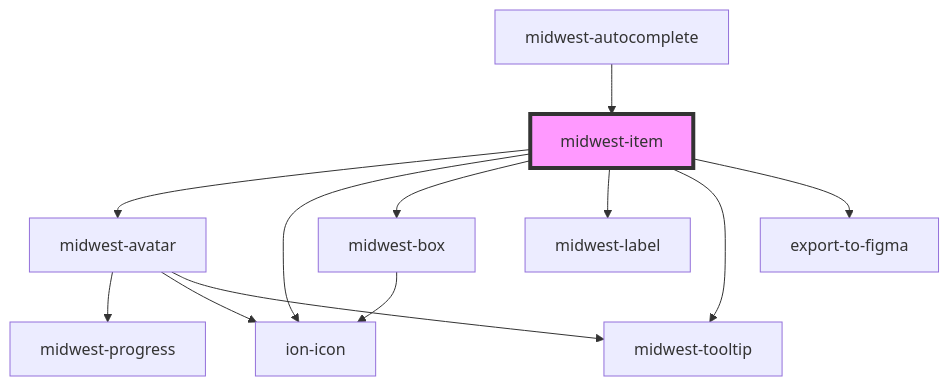
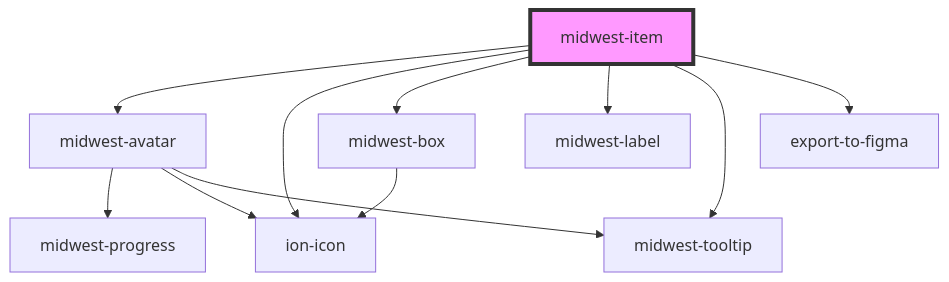
Before and after one commit to splitinfinities/Midwest: the diagram in packages/core/docs/components/forms/item/readme.md, drawn with Mermaid. The commit also changed other lines of this file and 28 other files, not shown here.

````diff
--- a/packages/core/docs/components/forms/item/readme.md
+++ b/packages/core/docs/components/forms/item/readme.md
@@ -76,15 +72,14 @@
 ```mermaid
 graph TD;
   midwest-item --> midwest-avatar
   midwest-item --> ion-icon
   midwest-item --> midwest-box
   midwest-item --> midwest-label
   midwest-item --> midwest-tooltip
   midwest-item --> export-to-figma
   midwest-avatar --> midwest-progress
   midwest-avatar --> ion-icon
   midwest-avatar --> midwest-tooltip
   midwest-box --> ion-icon
-  midwest-autocomplete --> midwest-item
   style midwest-item fill:#f9f,stroke:#333,stroke-width:4px
 ```
````
